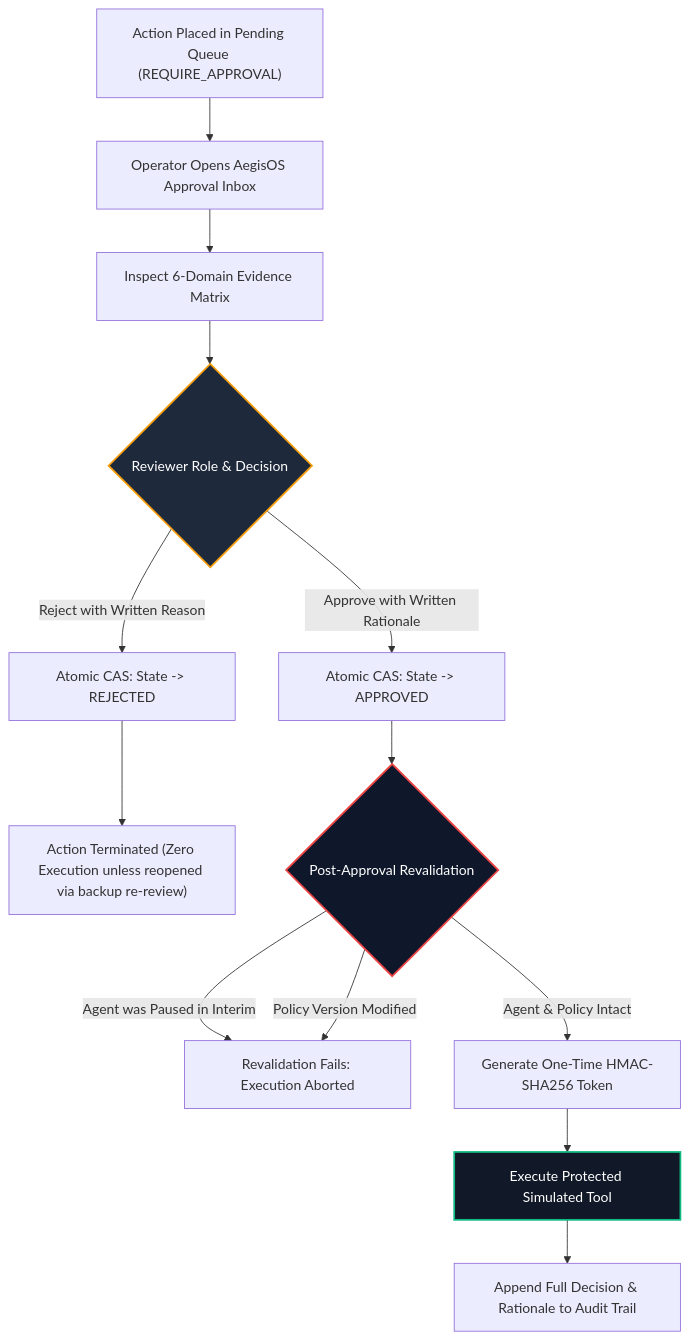
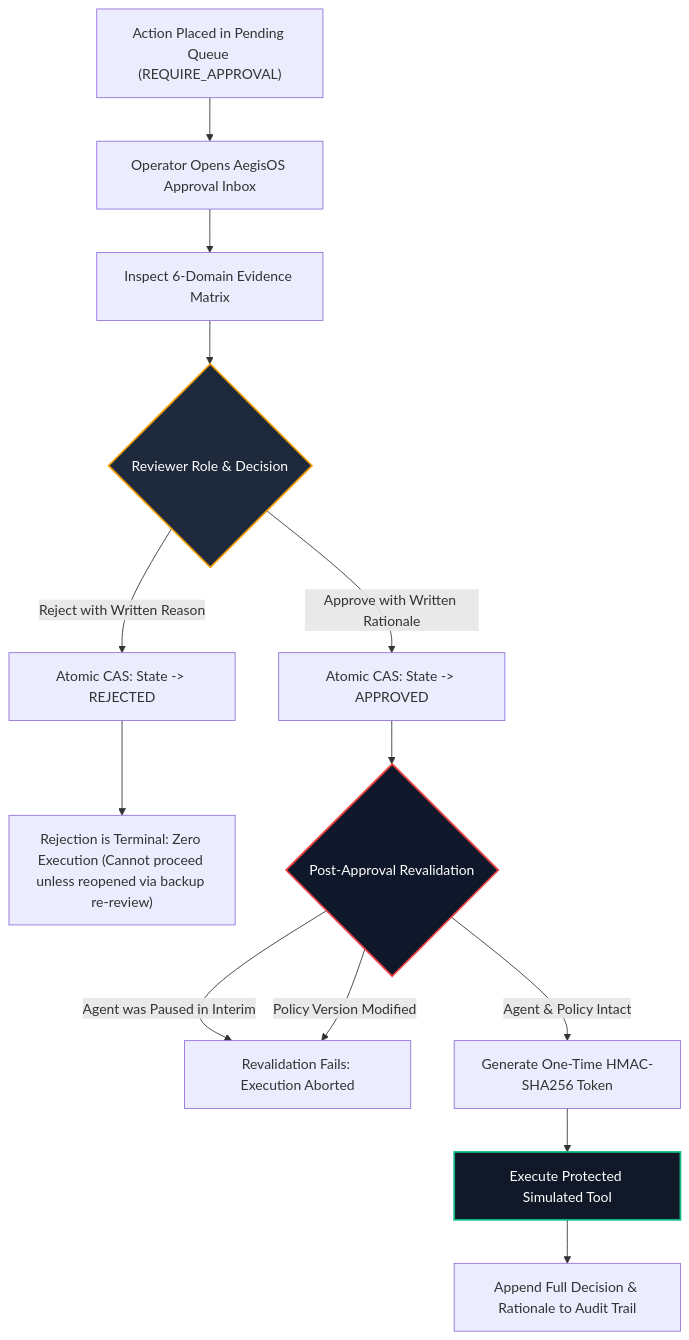
Before and after one commit to Divyanshu123-code/codex: the second of 3 diagrams in README.md, drawn with Mermaid. The commit also changed other lines of this file and 12 other files, not shown here.

````diff
--- a/README.md
+++ b/README.md
@@ -117,23 +123,23 @@
 ```mermaid
 flowchart TD
     A["Action Placed in Pending Queue (REQUIRE_APPROVAL)"] --> B["Operator Opens AegisOS Approval Inbox"]
     
     B --> C["Inspect 6-Domain Evidence Matrix"]
     C --> D{"Reviewer Role & Decision"}
     
     D -- "Reject with Written Reason" --> E["Atomic CAS: State -> REJECTED"]
-    E --> F["Action Terminated (Zero Execution unless reopened via backup re-review)"]
+    E --> F["Rejection is Terminal: Zero Execution (Cannot proceed unless reopened via backup re-review)"]
     
     D -- "Approve with Written Rationale" --> G["Atomic CAS: State -> APPROVED"]
     G --> H{"Post-Approval Revalidation"}
     H -- "Agent was Paused in Interim" --> I["Revalidation Fails: Execution Aborted"]
     H -- "Policy Version Modified" --> I
     H -- "Agent & Policy Intact" --> J["Generate One-Time HMAC-SHA256 Token"]
     
     J --> K["Execute Protected Simulated Tool"]
     K --> L["Append Full Decision & Rationale to Audit Trail"]
 
     style D fill:#1e293b,stroke:#f59e0b,stroke-width:2px,color:#fff
     style H fill:#0f172a,stroke:#ef4444,stroke-width:2px,color:#fff
     style K fill:#111827,stroke:#10b981,stroke-width:2px,color:#fff
 ```
````
